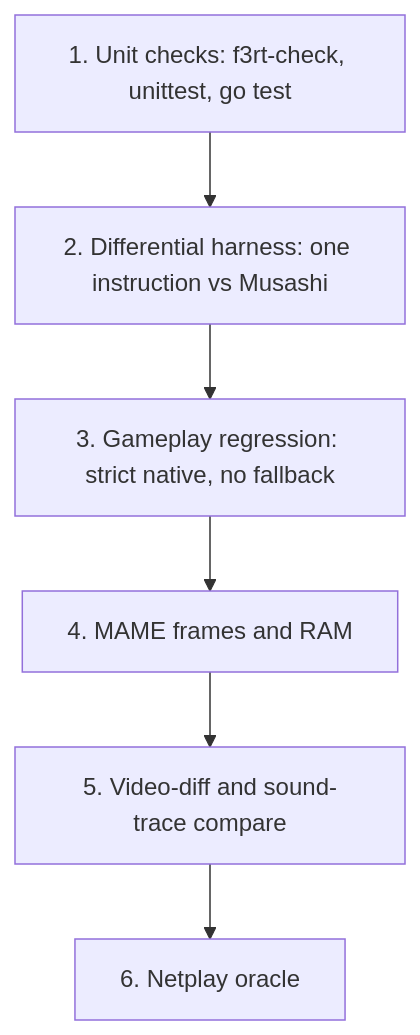
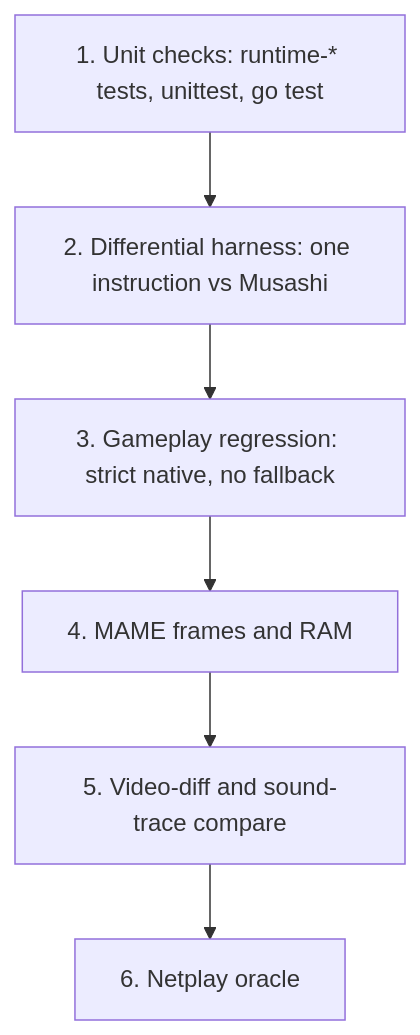
Before and after one commit to ansxor/f3-recomp: the second of 2 diagrams in docs/site/developer/testing/index.md, drawn with Mermaid. The commit also changed other lines of this file and 59 other files, not shown here.

First line of the commit message:
HLE audio: SIMD voice kernel (Highway), branch-free synth runs, worker overlap; split runtime checks into runtime/tests

````diff
--- a/docs/site/developer/testing/index.md
+++ b/docs/site/developer/testing/index.md
@@ -196,10 +195,10 @@
 ```mermaid
 flowchart TB
-    A["1. Unit checks: f3rt-check, unittest, go test"]
+    A["1. Unit checks: runtime-* tests, unittest, go test"]
     B["2. Differential harness: one instruction vs Musashi"]
     C["3. Gameplay regression: strict native, no fallback"]
     D["4. MAME frames and RAM"]
     E["5. Video-diff and sound-trace compare"]
     F["6. Netplay oracle"]
     A --> B --> C --> D --> E --> F
 ```
````
